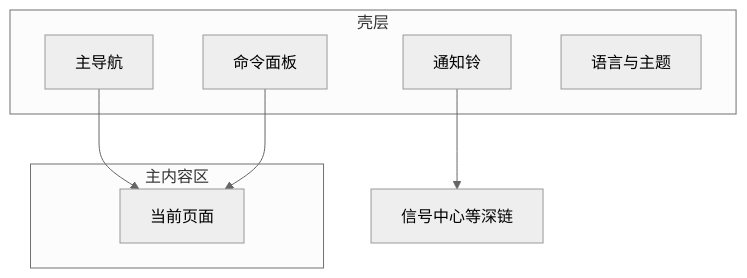
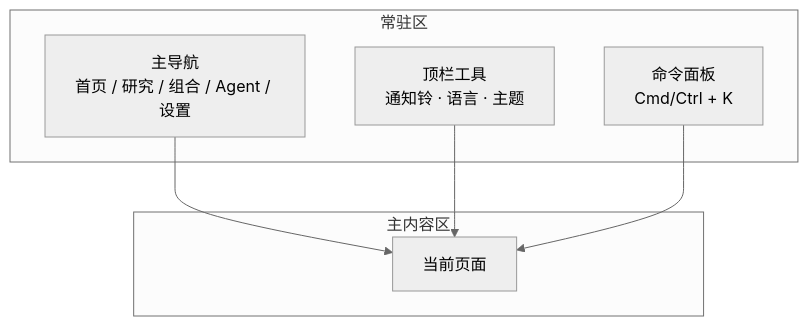
One commit to SiinXu/stock-pulse-ai changed the first of 4 diagrams in docs/ui-manual/01-shell.md. Above: the diagram before and after it, drawn with Mermaid (neutral theme). The commit also changed other lines of this file and 73 other files, not shown here.

First line of the commit message:
docs(ui-manual): deepen modules with scenarios, tone pass, and figure placeholders

````diff
--- a/docs/ui-manual/01-shell.md
+++ b/docs/ui-manual/01-shell.md
@@ -30,15 +25,14 @@
 ```mermaid
 flowchart TB
-  subgraph shell [壳层]
-    N[主导航]
-    B[通知铃]
-    K[命令面板]
-    L[语言与主题]
+  subgraph 常驻区
+    N[主导航<br/>首页 / 研究 / 组合 / Agent / 设置]
+    T[顶栏工具<br/>通知铃 · 语言 · 主题]
+    K[命令面板<br/>Cmd/Ctrl + K]
   end
-  subgraph main [主内容区]
+  subgraph 主内容区
     P[当前页面]
   end
   N --> P
+  T --> P
   K --> P
-  B --> S[信号中心等深链]
 ```
````
